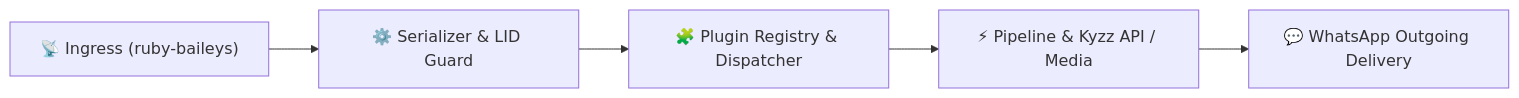
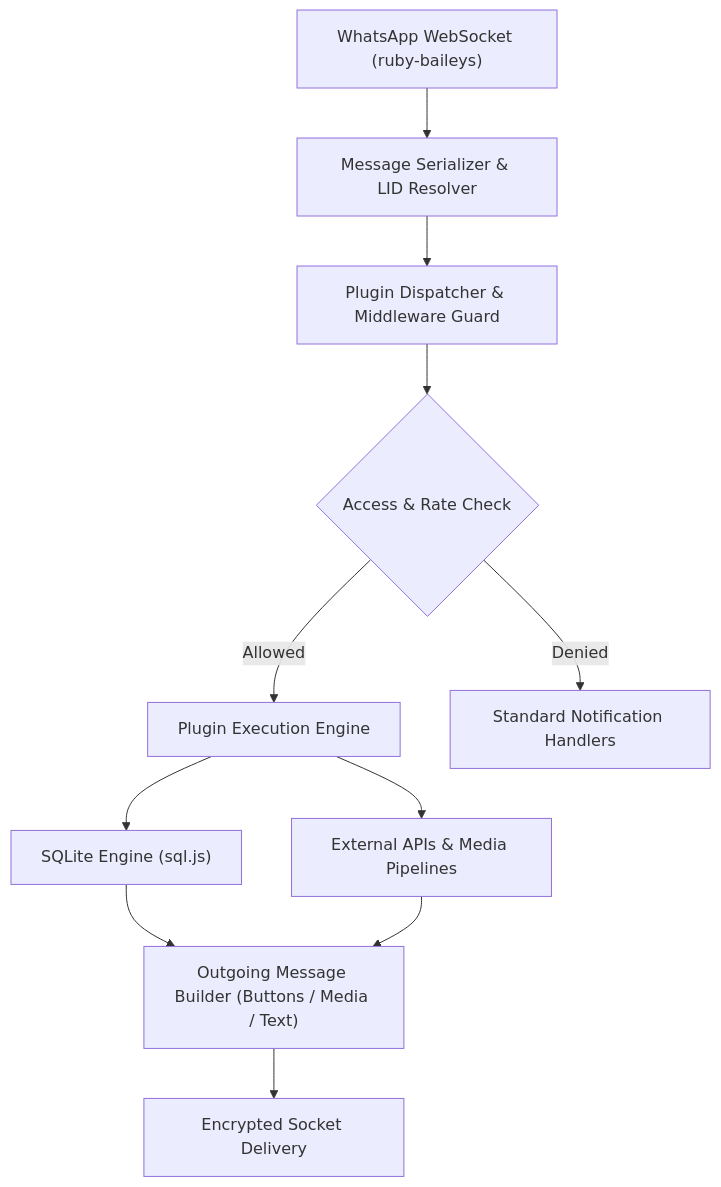
One commit to HiuraKiyowoo/Rubby-MD changed the diagram in README.md. Above: the diagram before and after it, drawn with Mermaid. The commit also changed other lines of this file and 35 other files, not shown here.

````diff
--- a/README.md
+++ b/README.md
@@ -82,7 +36,12 @@
 ```mermaid
-flowchart LR
-    A["📡 Ingress (ruby-baileys)"] --> B["⚙️ Serializer & LID Guard"]
-    B --> C["🧩 Plugin Registry & Dispatcher"]
-    C --> D["⚡ Pipeline & Kyzz API / Media"]
-    D --> E["💬 WhatsApp Outgoing Delivery"]
+flowchart TD
+    A["WhatsApp WebSocket (ruby-baileys)"] --> B["Message Serializer & LID Resolver"]
+    B --> C["Plugin Dispatcher & Middleware Guard"]
+    C --> D{"Access & Rate Check"}
+    D -- Allowed --> E["Plugin Execution Engine"]
+    D -- Denied --> F["Standard Notification Handlers"]
+    E --> G["SQLite Engine (sql.js)"]
+    E --> H["External APIs & Media Pipelines"]
+    G & H --> I["Outgoing Message Builder (Buttons / Media / Text)"]
+    I --> J["Encrypted Socket Delivery"]
 ```
````
